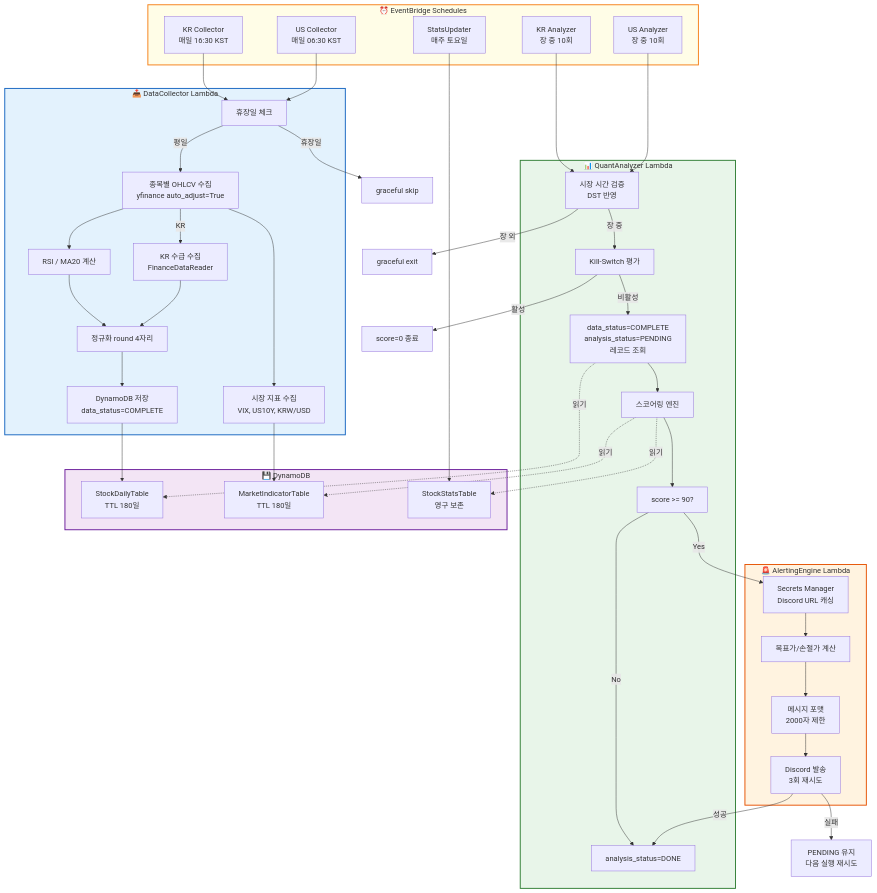
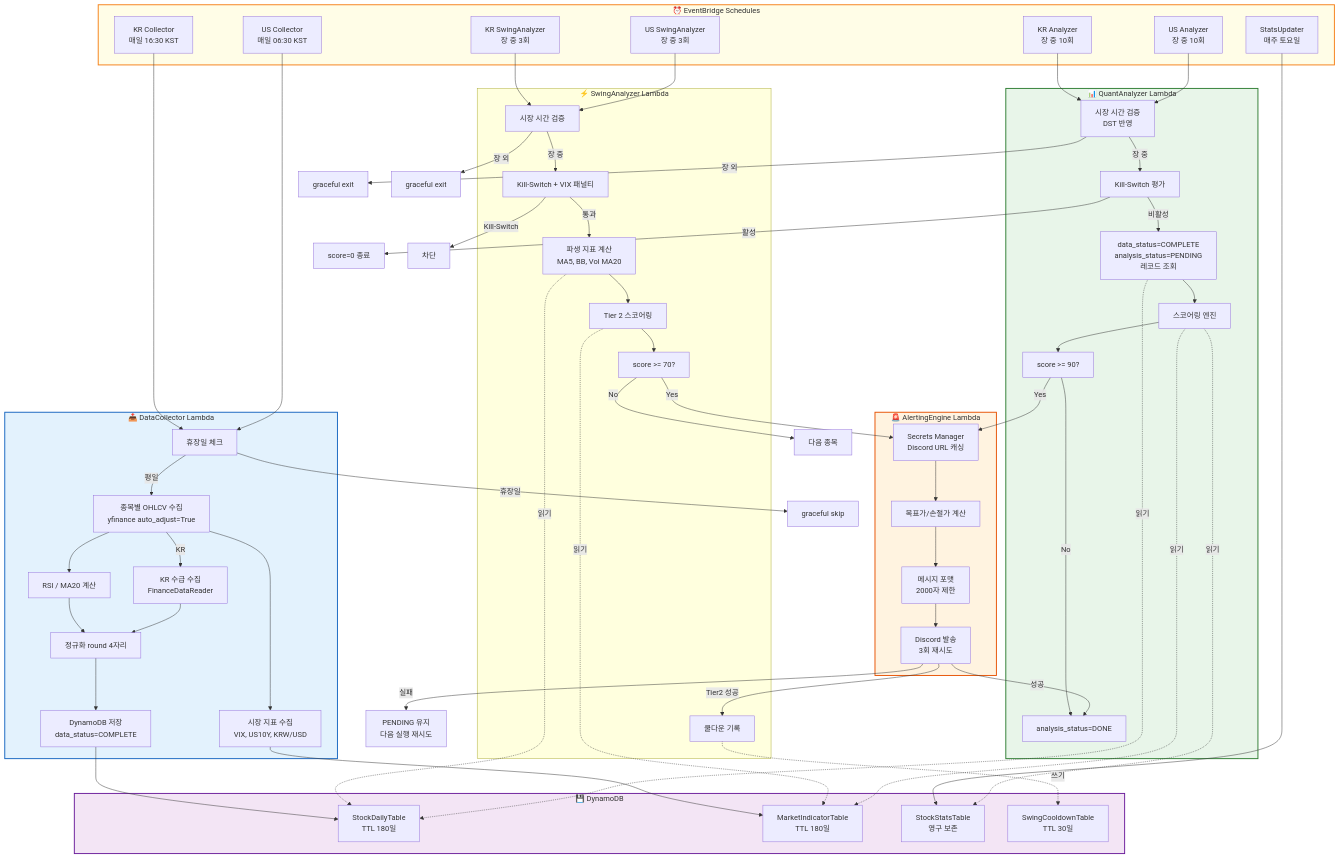
One commit to HaeDalWang/HCSES changed the first of 2 diagrams in TECHNICAL.md. Above: the diagram before and after it, drawn with Mermaid. The commit also changed other lines of this file and 3 other files, not shown here.

```diff
--- a/TECHNICAL.md
+++ b/TECHNICAL.md
@@ -10,6 +10,8 @@
         T3["KR Analyzer<br/>장 중 10회"]
         T4["US Analyzer<br/>장 중 10회"]
         T5["StatsUpdater<br/>매주 토요일"]
+        T6["KR SwingAnalyzer<br/>장 중 3회"]
+        T7["US SwingAnalyzer<br/>장 중 3회"]
     end
 
     subgraph DC["📥 DataCollector Lambda"]
@@ -38,10 +40,20 @@
         AE4["Discord 발송<br/>3회 재시도"]
     end
 
+    subgraph SA["⚡ SwingAnalyzer Lambda"]
+        SA1["시장 시간 검증"]
+        SA2["Kill-Switch + VIX 패널티"]
+        SA3["파생 지표 계산<br/>MA5, BB, Vol MA20"]
+        SA4["Tier 2 스코어링"]
+        SA5["score >= 70?"]
+        SA6["쿨다운 기록"]
+    end
+
     subgraph DB["💾 DynamoDB"]
         STD["StockDailyTable<br/>TTL 180일"]
         MIT["MarketIndicatorTable<br/>TTL 180일"]
         STS["StockStatsTable<br/>영구 보존"]
+        SCD["SwingCooldownTable<br/>TTL 30일"]
     end
 
     T1 & T2 --> DC1
@@ -67,6 +79,20 @@
     AE4 -->|성공| QA6
     AE4 -->|실패| PENDING["PENDING 유지<br/>다음 실행 재시도"]
 
+    T6 & T7 --> SA1
+    SA1 -->|장 중| SA2
+    SA1 -->|장 외| SKIP4["graceful exit"]
+    SA2 -->|통과| SA3
+    SA2 -->|Kill-Switch| SKIP5["차단"]
+    SA3 --> SA4 --> SA5
+    SA5 -->|Yes| AE1
+    SA5 -->|No| SKIP6["다음 종목"]
+    AE4 -->|Tier2 성공| SA6
+
+    SA3 -.->|읽기| STD
+    SA4 -.->|읽기| MIT
+    SA6 -.->|쓰기| SCD
+
     T5 --> STS
 
     QA3 -.->|읽기| STD
```
